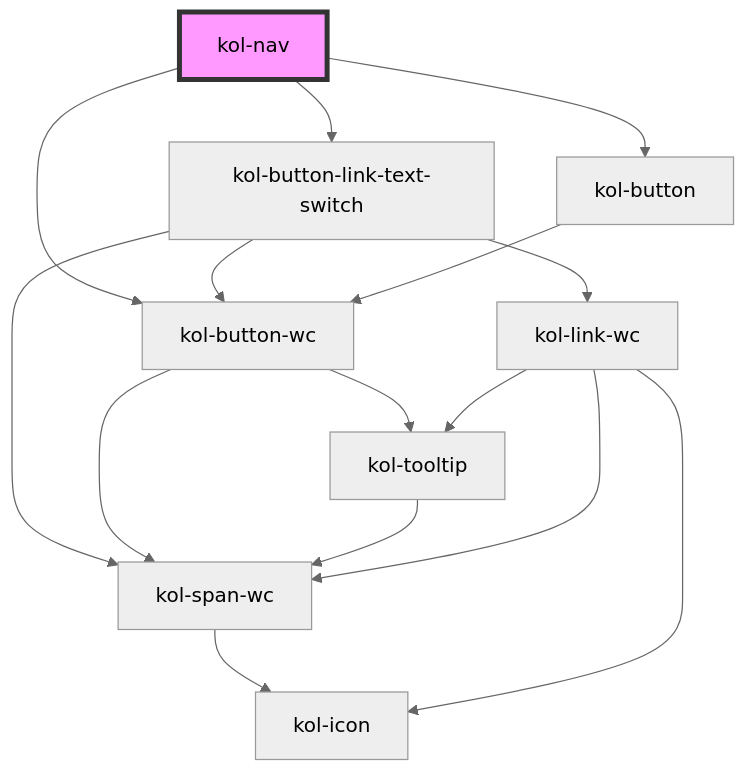
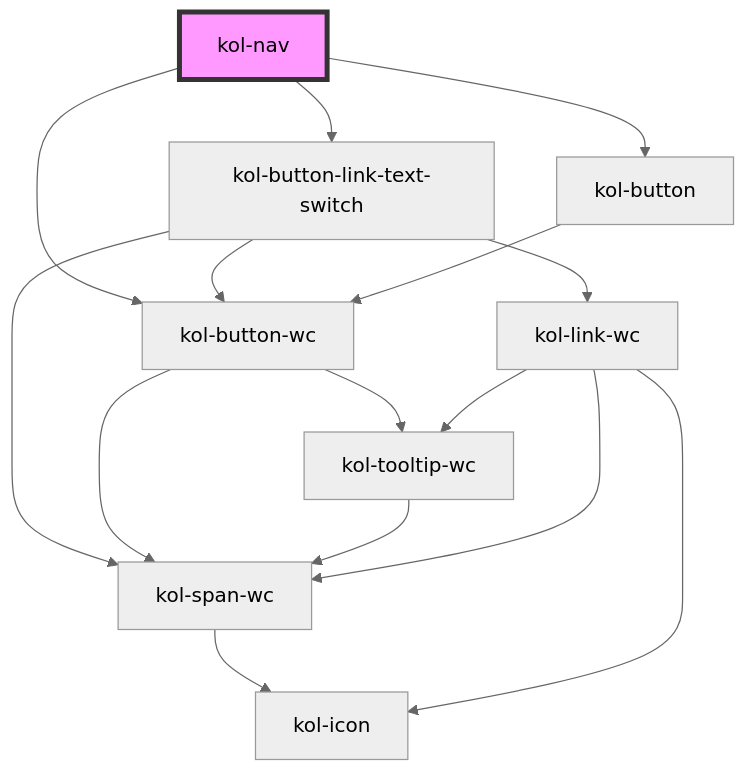
The diagram in packages/components/src/components/nav/readme.md (public-ui/kolibri), drawn with Mermaid (neutral theme) before and after one commit. The commit also changed other lines of this file and 99 other files, not shown here.

````diff
--- a/packages/components/src/components/nav/readme.md
+++ b/packages/components/src/components/nav/readme.md
@@ -130,18 +130,18 @@
 ```mermaid
 graph TD;
   kol-nav --> kol-button-link-text-switch
   kol-nav --> kol-button-wc
   kol-nav --> kol-button
   kol-button-link-text-switch --> kol-button-wc
   kol-button-link-text-switch --> kol-link-wc
   kol-button-link-text-switch --> kol-span-wc
   kol-button-wc --> kol-span-wc
-  kol-button-wc --> kol-tooltip
+  kol-button-wc --> kol-tooltip-wc
   kol-span-wc --> kol-icon
-  kol-tooltip --> kol-span-wc
+  kol-tooltip-wc --> kol-span-wc
   kol-link-wc --> kol-span-wc
   kol-link-wc --> kol-icon
-  kol-link-wc --> kol-tooltip
+  kol-link-wc --> kol-tooltip-wc
   kol-button --> kol-button-wc
   style kol-nav fill:#f9f,stroke:#333,stroke-width:4px
 ```
````
